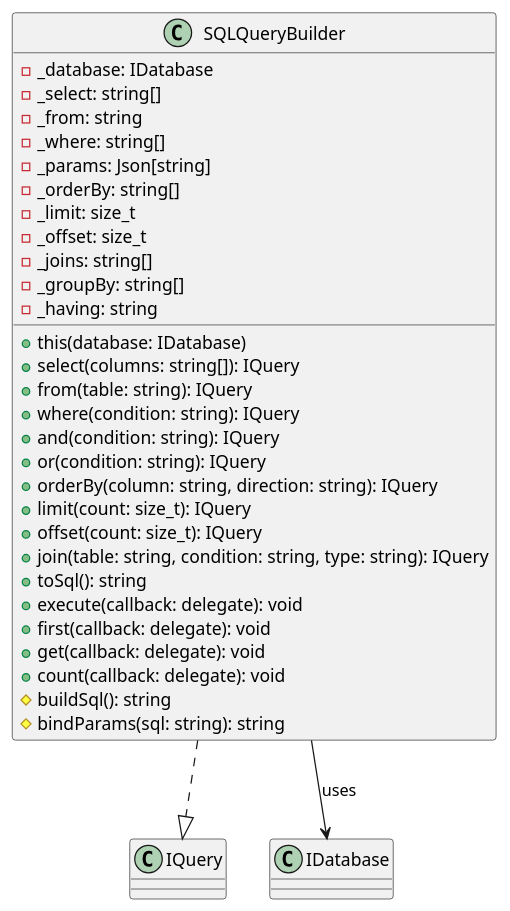
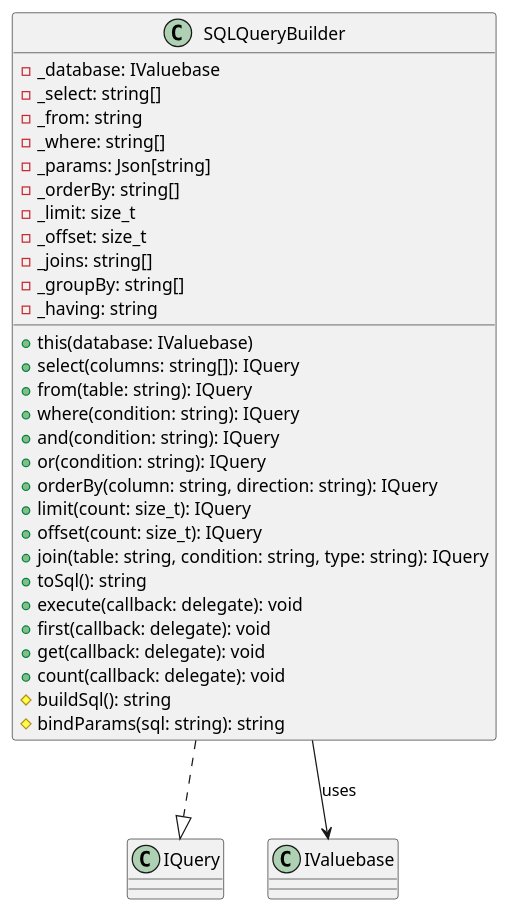
The third of 9 diagrams in orm/UML.md (UIMSolutions/uim-framework), drawn with PlantUML before and after one commit. The commit also changed other lines of this file and 29 other files, not shown here.

Commit message:
Refactor database and ORM interfaces to replace IDatabase with IValuebase for improved consistency and type safety

````diff
--- a/orm/UML.md
+++ b/orm/UML.md
@@ -142,40 +142,40 @@
 ```plantuml
 @startuml ORM_QueryBuilder
 
 class SQLQueryBuilder {
-  - _database: IDatabase
+  - _database: IValuebase
   - _select: string[]
   - _from: string
   - _where: string[]
   - _params: Json[string]
   - _orderBy: string[]
   - _limit: size_t
   - _offset: size_t
   - _joins: string[]
   - _groupBy: string[]
   - _having: string
   
-  + this(database: IDatabase)
+  + this(database: IValuebase)
   + select(columns: string[]): IQuery
   + from(table: string): IQuery
   + where(condition: string): IQuery
   + and(condition: string): IQuery
   + or(condition: string): IQuery
   + orderBy(column: string, direction: string): IQuery
   + limit(count: size_t): IQuery
   + offset(count: size_t): IQuery
   + join(table: string, condition: string, type: string): IQuery
   + toSql(): string
   + execute(callback: delegate): void
   + first(callback: delegate): void
   + get(callback: delegate): void
   + count(callback: delegate): void
   # buildSql(): string
   # bindParams(sql: string): string
 }
 
 SQLQueryBuilder ..|> IQuery
-SQLQueryBuilder --> IDatabase : uses
+SQLQueryBuilder --> IValuebase : uses
 
 @enduml
 ```
````
